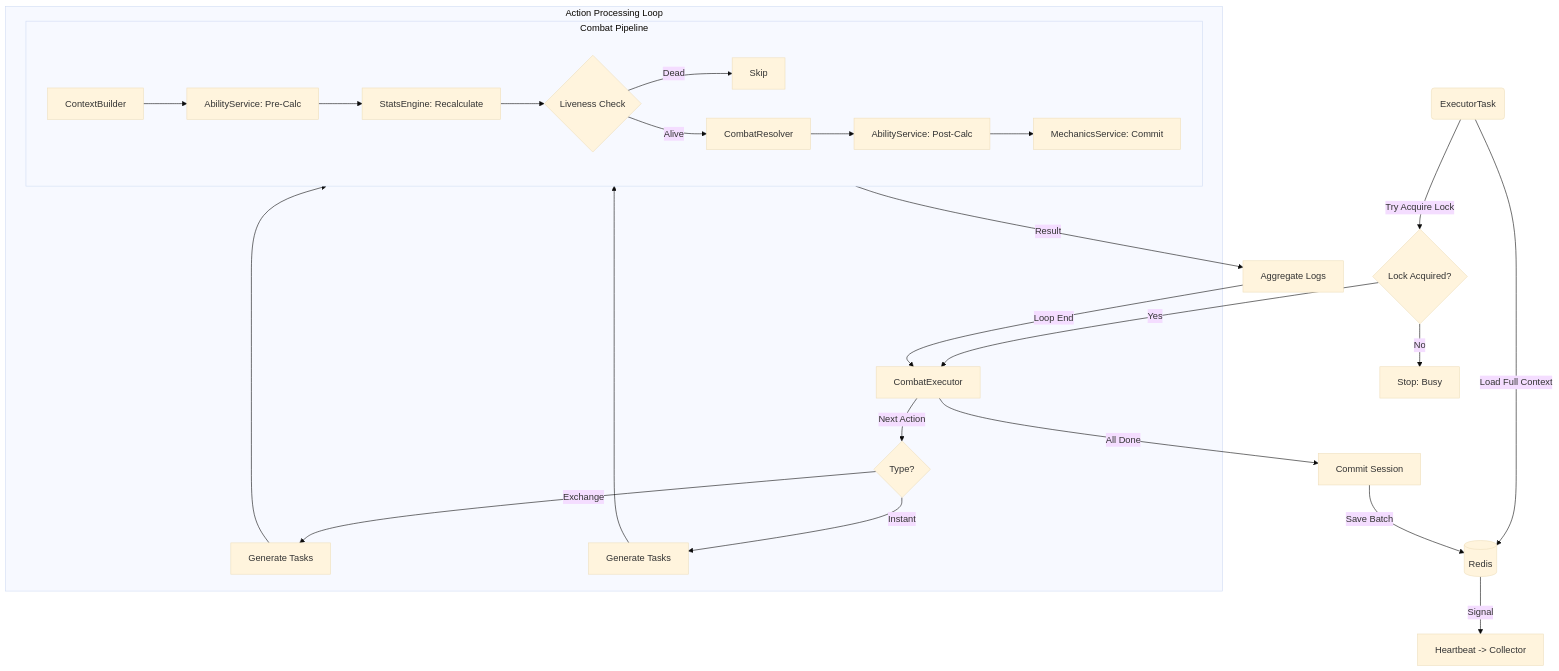
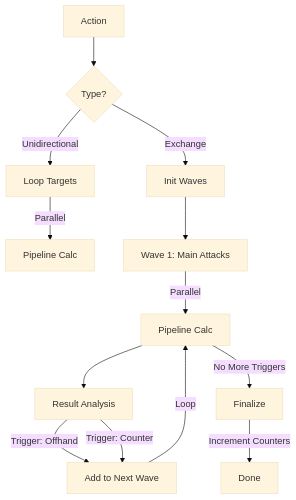
Before and after one commit to CodexDLC/telegram_bot_rpg: the diagram in docs/architecture/Domains/User_Features/Combat/Engine/Processors/Executor.md, drawn with Mermaid (base theme). The commit also changed other lines of this file and 113 other files, not shown here.

````diff
--- a/docs/architecture/Domains/User_Features/Combat/Engine/Processors/Executor.md
+++ b/docs/architecture/Domains/User_Features/Combat/Engine/Processors/Executor.md
@@ -18,32 +54,20 @@
 ```mermaid
 graph TD
-    Task(ExecutorTask) -->|Load Full Context| Redis[(Redis)]
-    Task -->|Try Acquire Lock| Lock{Lock Acquired?}
-    Lock -->|No| Stop[Stop: Busy]
-    Lock -->|Yes| Exec[CombatExecutor]
+    Start[Action] --> Type{Type?}
     
-    subgraph Loop [Action Processing Loop]
-        Exec -->|Next Action| Type{Type?}
-        Type -->|Exchange| GenEx[Generate Tasks]
-        Type -->|Instant| GenInst[Generate Tasks]
-        
-        subgraph Pipeline [Combat Pipeline]
-            CB[ContextBuilder] --> Pre[AbilityService: Pre-Calc]
-            Pre --> Stats[StatsEngine: Recalculate]
-            Stats --> Live{Liveness Check}
-            Live -->|Dead| Skip
-            Live -->|Alive| Res[CombatResolver]
-            Res --> Post[AbilityService: Post-Calc]
-            Post --> Mech[MechanicsService: Commit]
-        end
-        
-        GenEx --> Pipeline
-        GenInst --> Pipeline
-    end
-
-    Pipeline -->|Result| Logs[Aggregate Logs]
-    Logs -->|Loop End| Exec
-    Exec -->|All Done| Commit[Commit Session]
-    Commit -->|Save Batch| Redis
-    Redis -->|Signal| Heart[Heartbeat -> Collector]
+    Type -->|Unidirectional| Uni[Loop Targets]
+    Uni -->|Parallel| PipeUni[Pipeline Calc]
+    
+    Type -->|Exchange| Ex[Init Waves]
+    Ex --> Wave1[Wave 1: Main Attacks]
+    Wave1 -->|Parallel| PipeEx[Pipeline Calc]
+    PipeEx --> Result[Result Analysis]
+    
+    Result -->|Trigger: Offhand| Wave2[Add to Next Wave]
+    Result -->|Trigger: Counter| Wave2
+    
+    Wave2 -->|Loop| PipeEx
+    
+    PipeEx -->|No More Triggers| Final[Finalize]
+    Final -->|Increment Counters| Done
 ```
````
